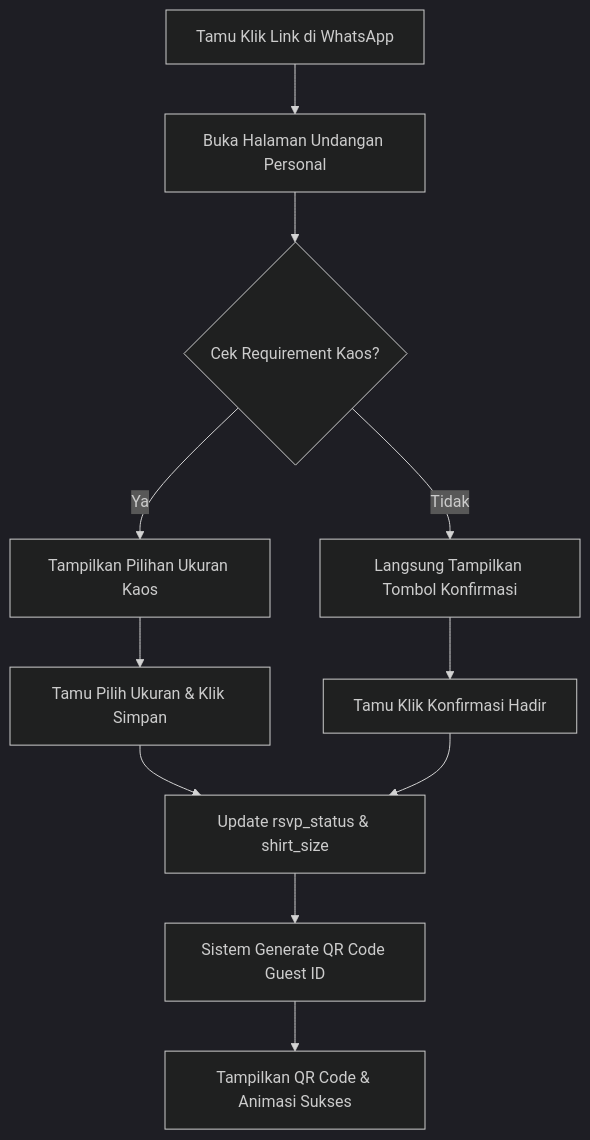
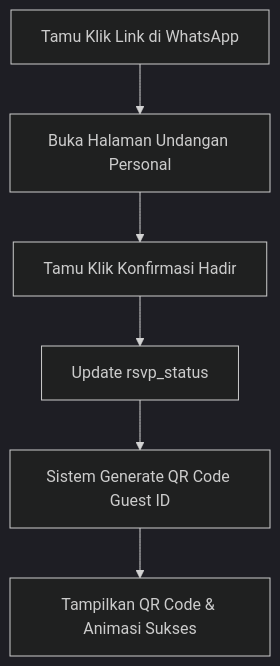
The eighth of 12 diagrams in docs/project_brief.md (bip-itteam-internal/halal-bihalal-2025), drawn with Mermaid (dark theme) before and after one commit. The commit also changed other lines of this file, not shown here.

Commit message:
docs: remove shirt size selection feature from project brief

````diff
--- a/docs/project_brief.md
+++ b/docs/project_brief.md
@@ -495,13 +458,8 @@
 ```mermaid
 graph TD
     A[Tamu Klik Link di WhatsApp] --> B[Buka Halaman Undangan Personal]
-    B --> C{Cek Requirement Kaos?}
-    C -- Ya --> D[Tampilkan Pilihan Ukuran Kaos]
-    C -- Tidak --> E[Langsung Tampilkan Tombol Konfirmasi]
-    D --> F[Tamu Pilih Ukuran & Klik Simpan]
-    E --> G[Tamu Klik Konfirmasi Hadir]
-    F --> H[Update rsvp_status & shirt_size]
-    G --> H
-    H --> I[Sistem Generate QR Code Guest ID]
-    I --> J[Tampilkan QR Code & Animasi Sukses]
+    B --> C[Tamu Klik Konfirmasi Hadir]
+    C --> D[Update rsvp_status]
+    D --> E[Sistem Generate QR Code Guest ID]
+    E --> F[Tampilkan QR Code & Animasi Sukses]
 ```
````
